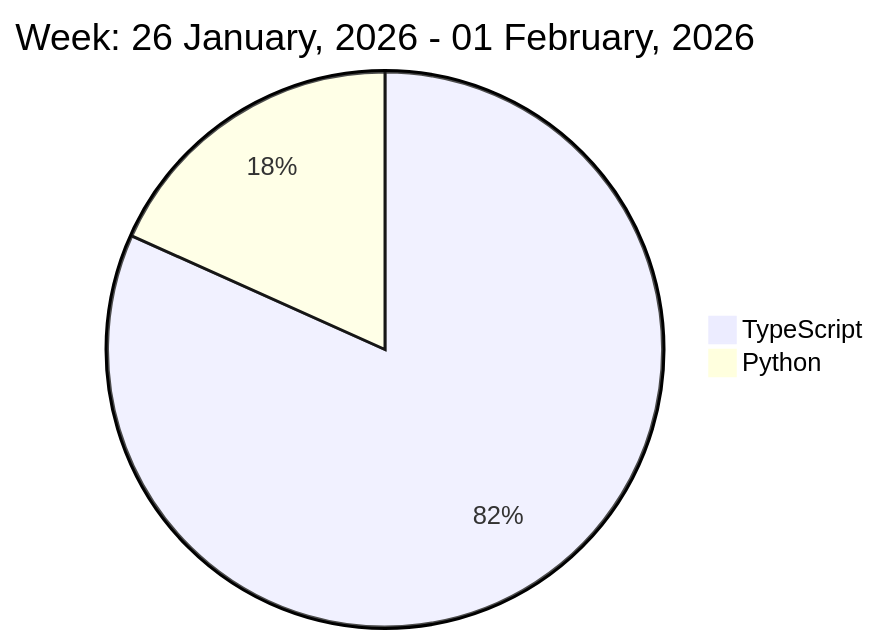
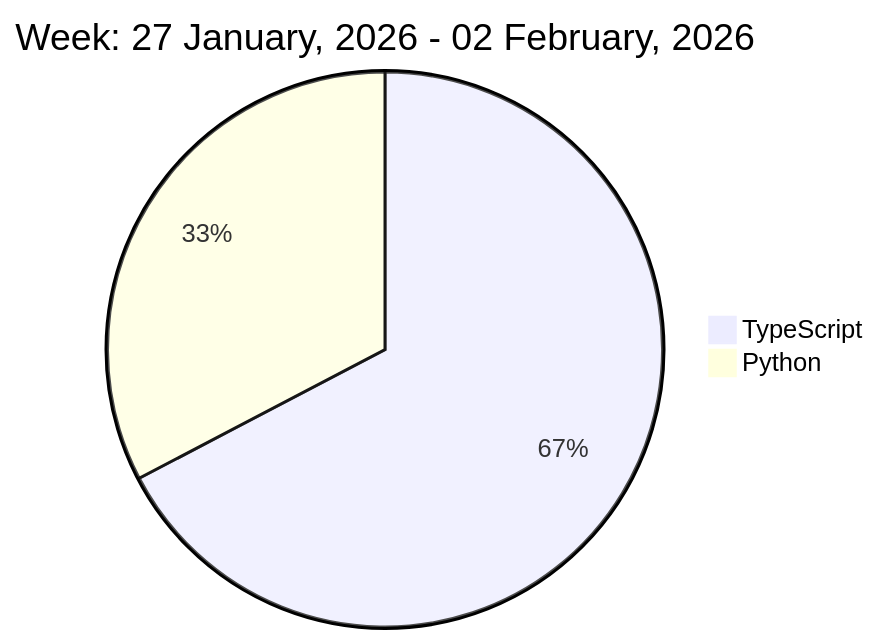
The diagram in README.md (liubin95/liubin95), drawn with Mermaid before and after one commit.

Commit message:
Updated the Graph with new Metrics

````diff
--- a/README.md
+++ b/README.md
@@ -37,6 +37,6 @@
 ```mermaid
  pie
-title Week: 26 January, 2026 - 01 February, 2026
- "TypeScript" : 13.18
- "Python" : 2.95
+title Week: 27 January, 2026 - 02 February, 2026
+ "TypeScript" : 12.67
+ "Python" : 6.15
 ```
````
